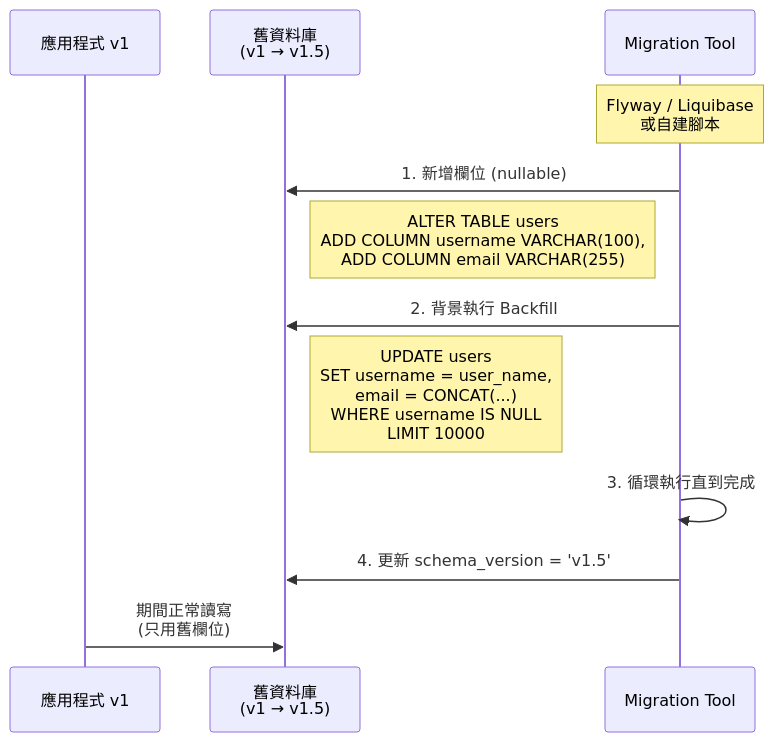
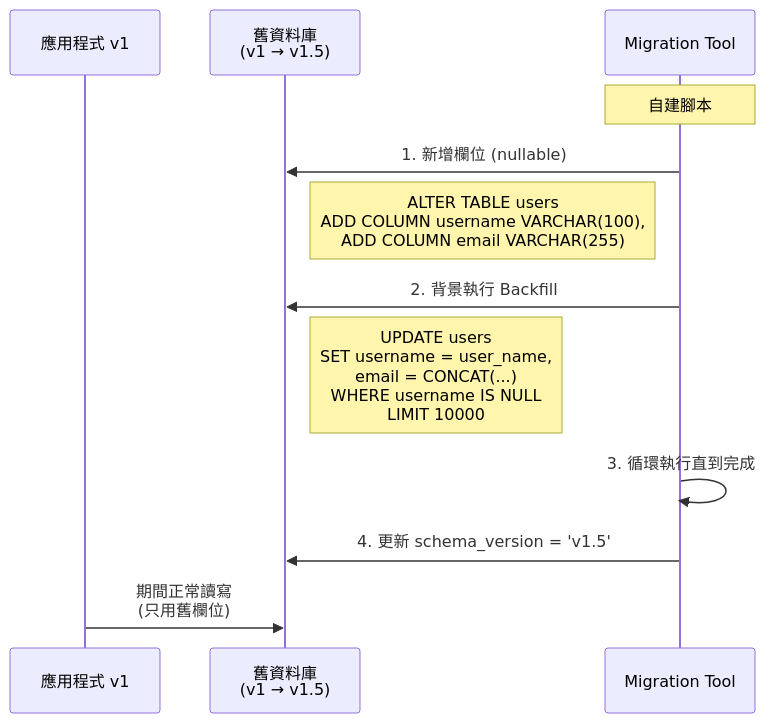
The second of 16 diagrams in 文件/multi-database.md (KE-CY/test), drawn with Mermaid before and after one commit. The commit also changed other lines of this file and 1 other file, not shown here.

````diff
--- a/文件/multi-database.md
+++ b/文件/multi-database.md
@@ -19,19 +19,19 @@
 ```mermaid
 sequenceDiagram
     participant App as 應用程式 v1
     participant OldDB as 舊資料庫<br/>(v1 → v1.5)
     participant Tool as Migration Tool
     
-    Note over Tool: Flyway / Liquibase<br/>或自建腳本
+    Note over Tool: 自建腳本
     
     Tool->>OldDB: 1. 新增欄位 (nullable)
     Note right of OldDB: ALTER TABLE users<br/>ADD COLUMN username VARCHAR(100),<br/>ADD COLUMN email VARCHAR(255)
     
     Tool->>OldDB: 2. 背景執行 Backfill
     Note right of OldDB: UPDATE users<br/>SET username = user_name,<br/>email = CONCAT(...)<br/>WHERE username IS NULL<br/>LIMIT 10000
     
     Tool->>Tool: 3. 循環執行直到完成
     Tool->>OldDB: 4. 更新 schema_version = 'v1.5'
     
     App->>OldDB: 期間正常讀寫<br/>(只用舊欄位)
 ```
````
